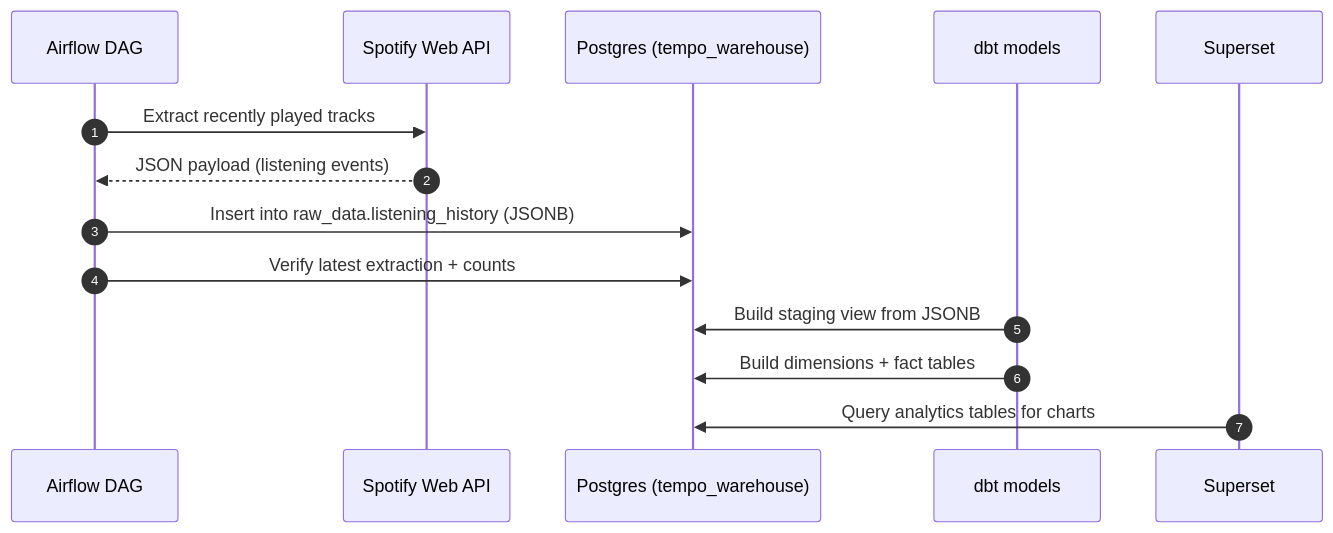
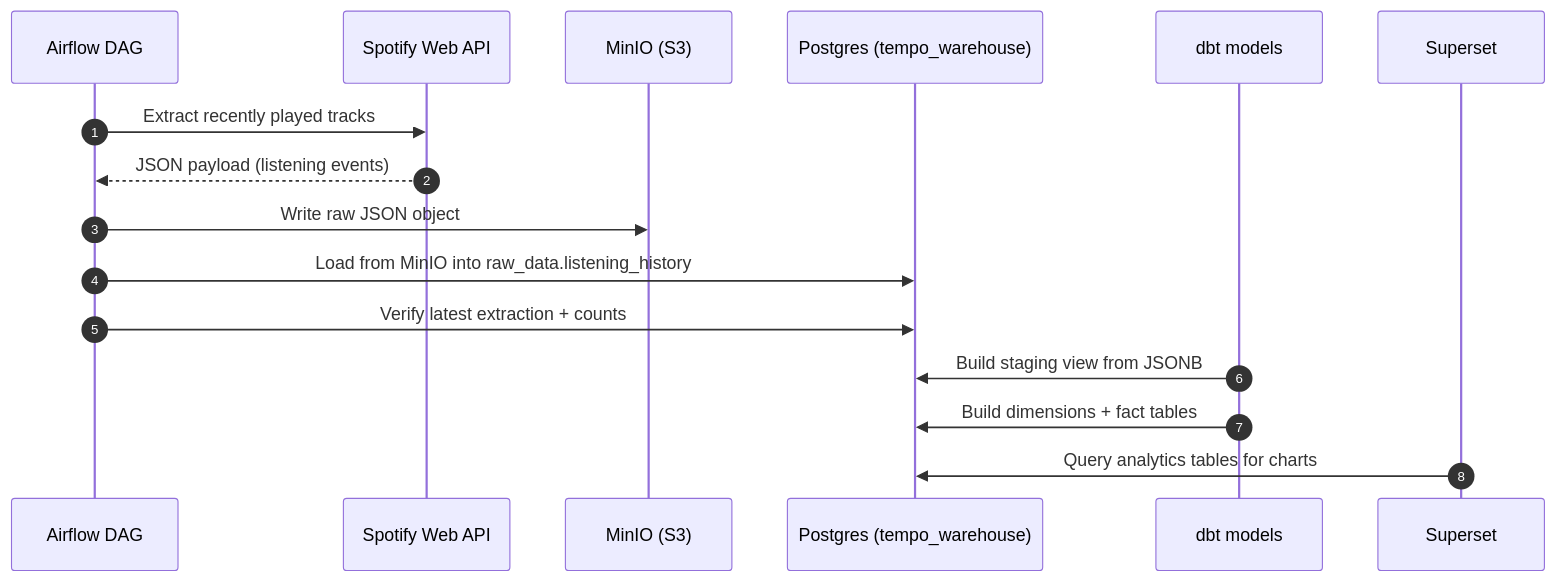
One commit to iratansh/Tempo changed the second of 3 diagrams in README.md. Above: the diagram before and after it, drawn with Mermaid. The commit also changed other lines of this file and 7 other files, not shown here.

````diff
--- a/README.md
+++ b/README.md
@@ -80,18 +90,20 @@
 ```mermaid
 sequenceDiagram
   autonumber
   participant Airflow as Airflow DAG
   participant Spotify as Spotify Web API
+  participant MinIO as MinIO (S3)
   participant Postgres as Postgres (tempo_warehouse)
   participant dbt as dbt models
   participant Superset as Superset
 
   Airflow->>Spotify: Extract recently played tracks
   Spotify-->>Airflow: JSON payload (listening events)
-  Airflow->>Postgres: Insert into raw_data.listening_history (JSONB)
+  Airflow->>MinIO: Write raw JSON object
+  Airflow->>Postgres: Load from MinIO into raw_data.listening_history
   Airflow->>Postgres: Verify latest extraction + counts
 
   dbt->>Postgres: Build staging view from JSONB
   dbt->>Postgres: Build dimensions + fact tables
   Superset->>Postgres: Query analytics tables for charts
 ```
````
